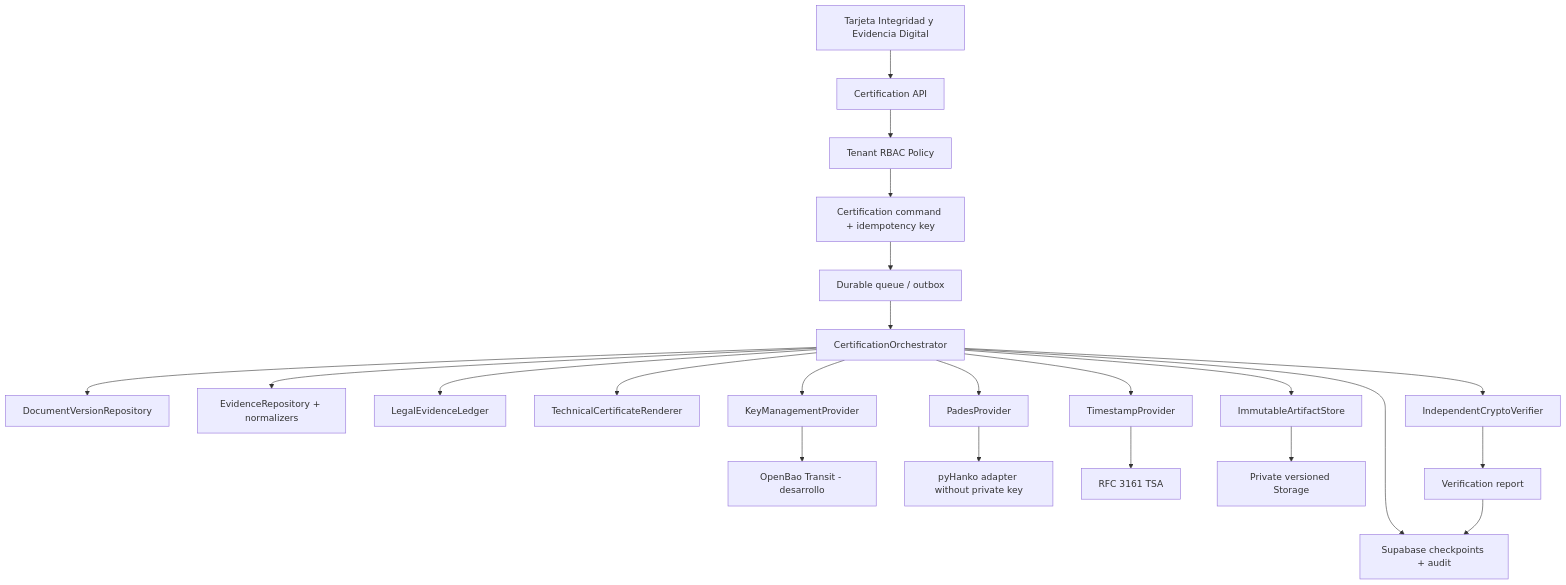
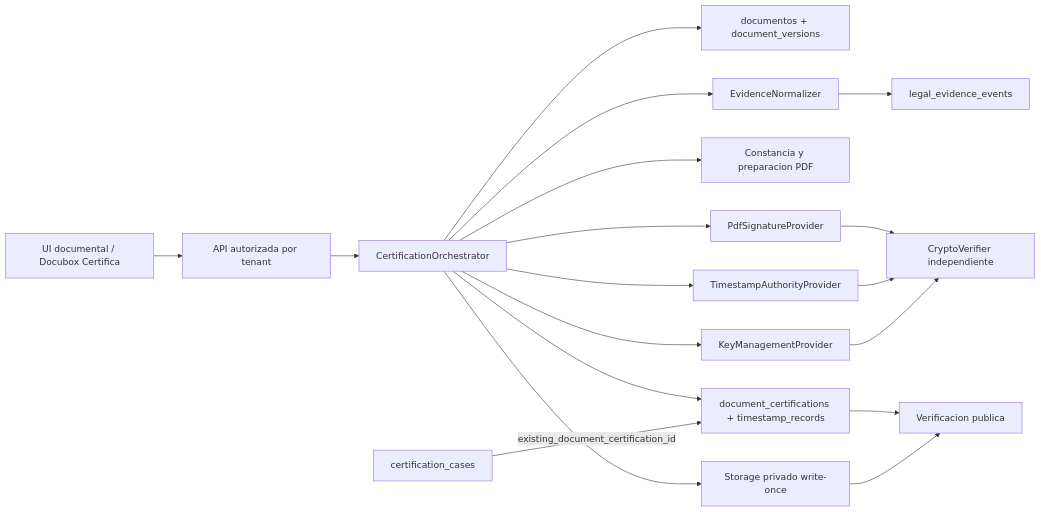
One commit to docuboxapp-art/docubox changed the first of 2 diagrams in docs/crypto/target-architecture.md. Above: the diagram before and after it, drawn with Mermaid. The commit also changed other lines of this file and 86 other files, not shown here.

Commit message:
feat: integrate certification and document workflows

````diff
--- a/docs/crypto/target-architecture.md
+++ b/docs/crypto/target-architecture.md
@@ -16,26 +18,20 @@
 ```mermaid
-flowchart TB
-  UI["Tarjeta Integridad y Evidencia Digital"] --> API["Certification API"]
-  API --> AUTH["Tenant RBAC Policy"]
-  AUTH --> CMD["Certification command + idempotency key"]
-  CMD --> Q["Durable queue / outbox"]
-  Q --> ORCH["CertificationOrchestrator"]
-
-  ORCH --> DOC["DocumentVersionRepository"]
-  ORCH --> EVID["EvidenceRepository + normalizers"]
-  ORCH --> AUDIT["LegalEvidenceLedger"]
-  ORCH --> RENDER["TechnicalCertificateRenderer"]
+flowchart LR
+  UI["UI documental / Docubox Certifica"] --> API["API autorizada por tenant"]
+  API --> ORCH["CertificationOrchestrator"]
+  ORCH --> DOC["documentos + document_versions"]
+  ORCH --> EVID["EvidenceNormalizer"]
+  EVID --> LEDGER["legal_evidence_events"]
+  ORCH --> PDF["Constancia y preparacion PDF"]
   ORCH --> KMS["KeyManagementProvider"]
-  ORCH --> PADES["PadesProvider"]
-  ORCH --> TSA["TimestampProvider"]
-  ORCH --> VERIFY["IndependentCryptoVerifier"]
-  ORCH --> STORE["ImmutableArtifactStore"]
-
-  KMS --> OPENBAO["OpenBao Transit - desarrollo"]
-  PADES --> SIGNER["pyHanko adapter without private key"]
-  TSA --> RFC["RFC 3161 TSA"]
-  STORE --> PRIVATE["Private versioned Storage"]
-  ORCH --> DB["Supabase checkpoints + audit"]
-  VERIFY --> REPORT["Verification report"]
-  REPORT --> DB
+  ORCH --> TSA["TimestampAuthorityProvider"]
+  ORCH --> PADES["PdfSignatureProvider"]
+  PADES --> VERIFY["CryptoVerifier independiente"]
+  TSA --> VERIFY
+  KMS --> VERIFY
+  ORCH --> DB["document_certifications + timestamp_records"]
+  ORCH --> STORE["Storage privado write-once"]
+  DB --> PUB["Verificacion publica"]
+  STORE --> PUB
+  CASES["certification_cases"] -->|"existing_document_certification_id"| DB
 ```
````
